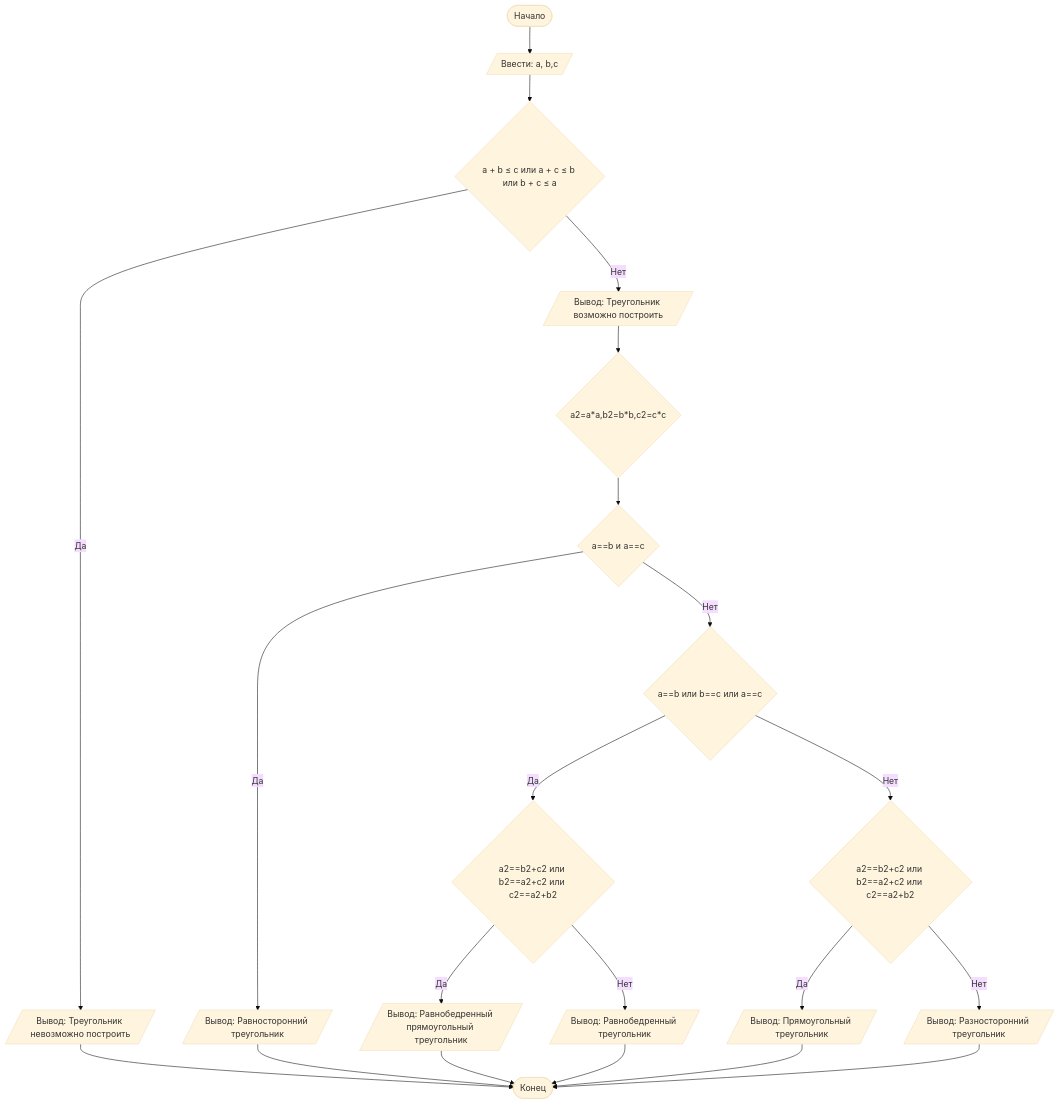
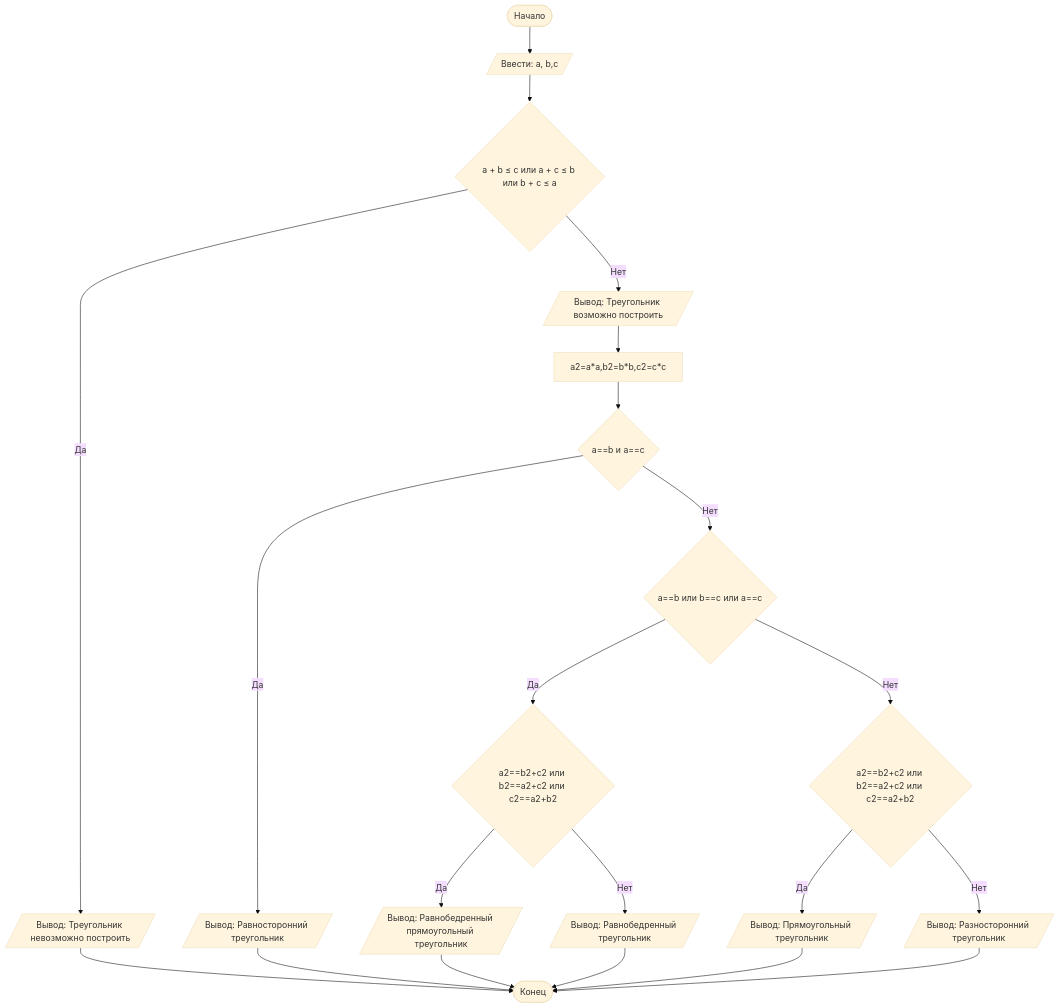
The diagram in README.md (Kokorina008/Lab_rab), drawn with Mermaid (base theme) before and after one commit. The commit also changed other lines of this file, not shown here.

````diff
--- a/README.md
+++ b/README.md
@@ -85,23 +85,23 @@
 ```mermaid
 graph TD
     A([Начало]) --> B[/Ввести: a, b,c/]
     B --> C{a + b ≤ c или a + c ≤ b или b + c ≤ a}
     C -- Да --> D[/Вывод: Треугольник невозможно построить/]
     C -- Нет --> E[/Вывод: Треугольник возможно построить/]
-    E --> F{a2=a*a,b2=b*b,c2=c*c}
+    E --> F[a2=a*a,b2=b*b,c2=c*c]
     F --> G{a==b и a==c}
     G -- Да --> H[/Вывод: Равносторонний треугольник/]
     G -- Нет --> I{a==b или b==c или a==c}
     I -- Да --> J{a2==b2+c2 или b2==a2+c2 или c2==a2+b2}
     J -- Да --> K[/Вывод: Равнобедренный прямоугольный треугольник/]
     J -- Нет --> L[/Вывод: Равнобедренный треугольник/]
     I -- Нет --> M{a2==b2+c2 или b2==a2+c2 или c2==a2+b2}
     M -- Да --> N[/Вывод: Прямоугольный треугольник/]
     M -- Нет --> O[/Вывод: Разносторонний треугольник/]
     D --> Z([Конец])
     H --> Z([Конец])
     K --> Z([Конец])
     L --> Z([Конец])
     N --> Z([Конец])
     O --> Z([Конец])
 ```
````
